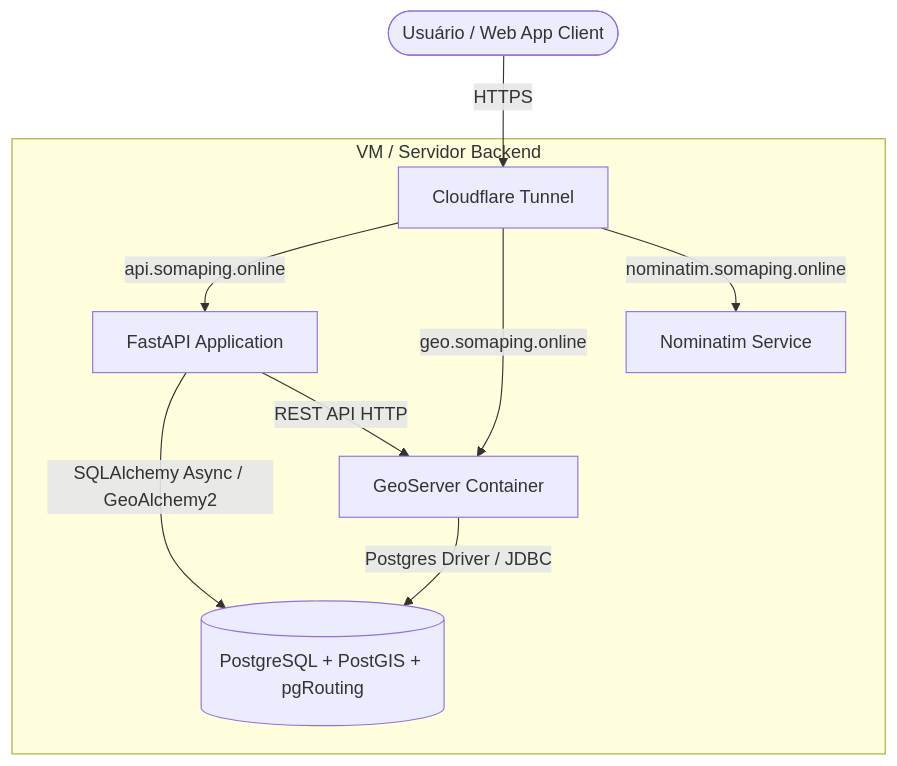
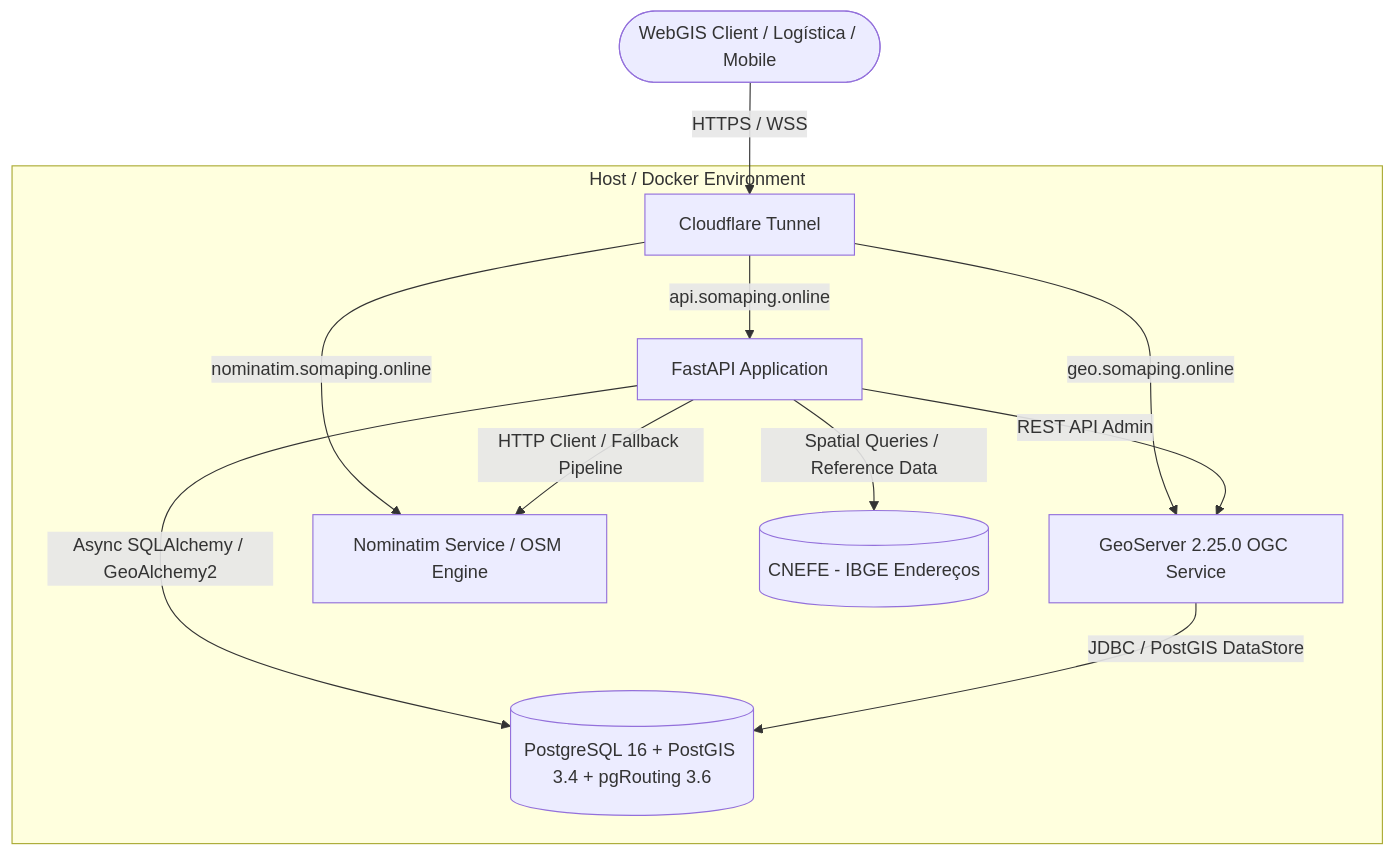
One commit to silasogis/somap-backend changed the first of 2 diagrams in README.md. Above: the diagram before and after it, drawn with Mermaid. The commit also changed other lines of this file, not shown here.

````diff
--- a/README.md
+++ b/README.md
@@ -13,15 +32,17 @@
 ```mermaid
 graph TD
-    User([Usuário / Web App Client]) -->|HTTPS| Cloudflare[Cloudflare Tunnel]
+    Client([WebGIS Client / Logística / Mobile]) -->|HTTPS / WSS| Cloudflare[Cloudflare Tunnel]
     
-    subgraph VM / Servidor Backend
+    subgraph Host / Docker Environment
         Cloudflare -->|api.somaping.online| API[FastAPI Application]
-        Cloudflare -->|geo.somaping.online| GeoServer[GeoServer Container]
-        Cloudflare -->|nominatim.somaping.online| Nominatim[Nominatim Service]
+        Cloudflare -->|geo.somaping.online| GeoServer[GeoServer 2.25.0 OGC Service]
+        Cloudflare -->|nominatim.somaping.online| Nominatim[Nominatim Service / OSM Engine]
         
-        API -->|SQLAlchemy Async / GeoAlchemy2| DB[(PostgreSQL + PostGIS + pgRouting)]
-        GeoServer -->|Postgres Driver / JDBC| DB
+        API -->|Async SQLAlchemy / GeoAlchemy2| DB[(PostgreSQL 16 + PostGIS 3.4 + pgRouting 3.6)]
+        API -->|REST API Admin| GeoServer
+        API -->|HTTP Client / Fallback Pipeline| Nominatim
+        API -->|Spatial Queries / Reference Data| CNEFE[(CNEFE - IBGE Endereços)]
         
-        API -->|REST API HTTP| GeoServer
+        GeoServer -->|JDBC / PostGIS DataStore| DB
     end
 ```
````
